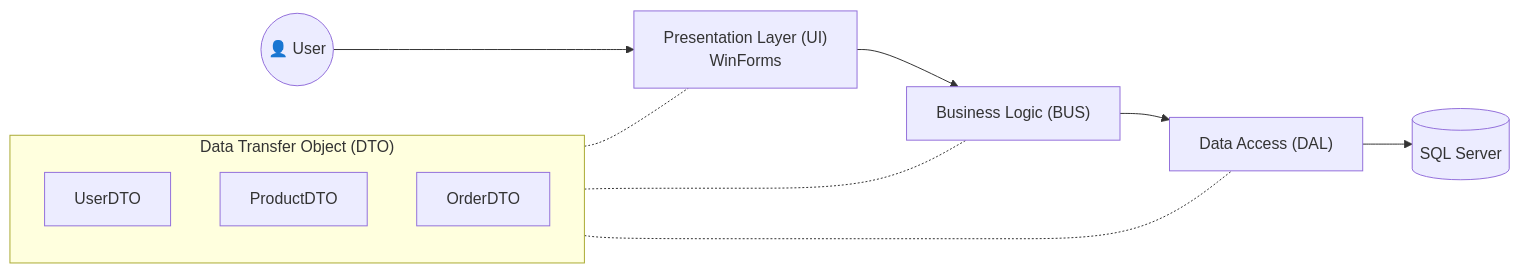
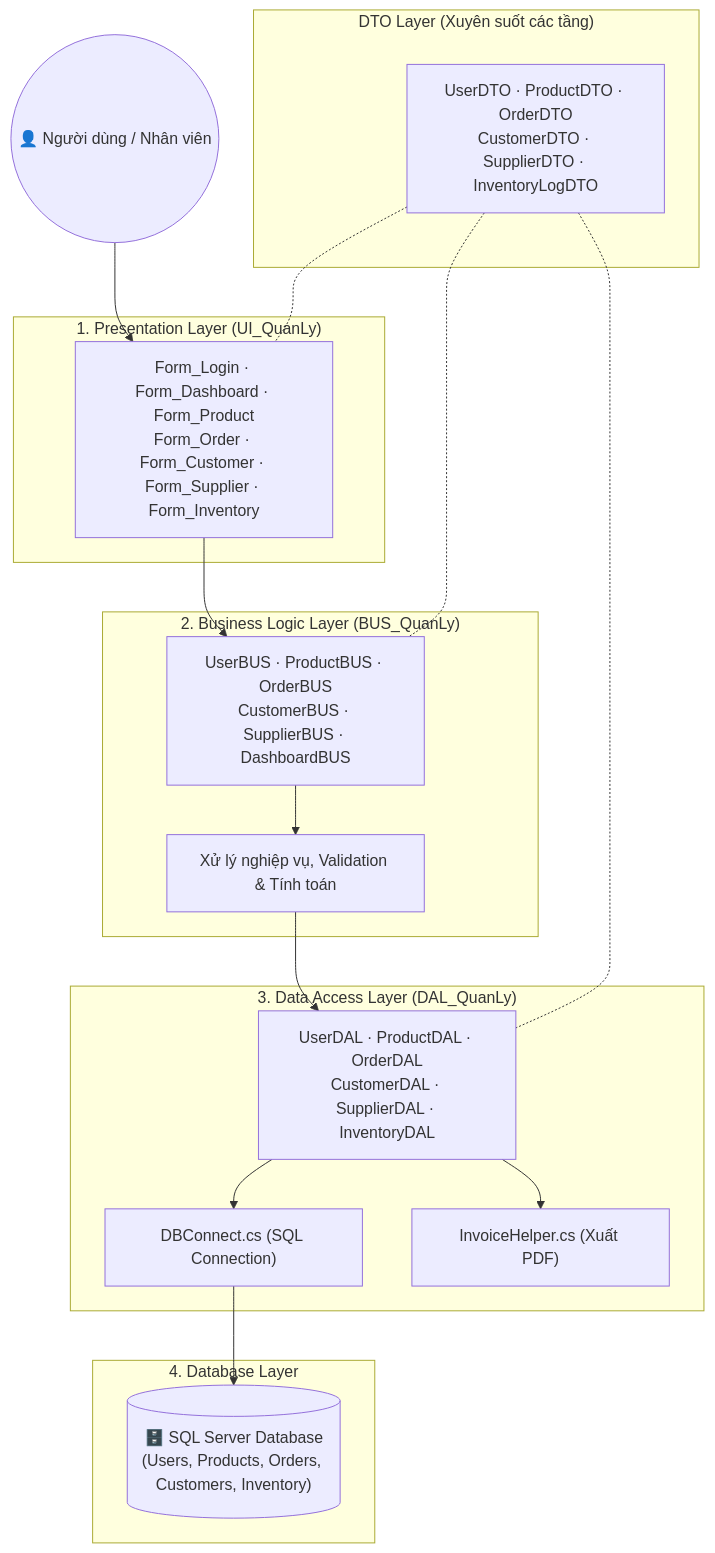
Before and after one commit to Tranloc12/DoAnQuanLyBanHang: the diagram in README.md, drawn with Mermaid. The commit also changed other lines of this file, not shown here.

````diff
--- a/README.md
+++ b/README.md
@@ -50,18 +45,39 @@
 ```mermaid
-graph LR
-    User(("👤 User")) --> UI["Presentation Layer (UI)<br/>WinForms"]
-    UI --> BUS["Business Logic (BUS)"]
-    BUS --> DAL["Data Access (DAL)"]
-    DAL --> DB[("SQL Server")]
-    
-    subgraph DTO["Data Transfer Object (DTO)"]
-        direction TB
-        d1["UserDTO"]
-        d2["ProductDTO"]
-        d3["OrderDTO"]
+flowchart TD
+    User(("👤 Người dùng / Nhân viên"))
+
+    subgraph DTO ["DTO Layer (Xuyên suốt các tầng)"]
+        DTOClasses["UserDTO · ProductDTO · OrderDTO<br/>CustomerDTO · SupplierDTO · InventoryLogDTO"]
     end
-    
-    DTO -.- UI
-    DTO -.- BUS
-    DTO -.- DAL
+
+    subgraph UI ["1. Presentation Layer (UI_QuanLy)"]
+        Forms["Form_Login · Form_Dashboard · Form_Product<br/>Form_Order · Form_Customer · Form_Supplier · Form_Inventory"]
+    end
+
+    subgraph BUS ["2. Business Logic Layer (BUS_QuanLy)"]
+        BUSClasses["UserBUS · ProductBUS · OrderBUS<br/>CustomerBUS · SupplierBUS · DashboardBUS"]
+        Logic["Xử lý nghiệp vụ, Validation & Tính toán"]
+    end
+
+    subgraph DAL ["3. Data Access Layer (DAL_QuanLy)"]
+        DALClasses["UserDAL · ProductDAL · OrderDAL<br/>CustomerDAL · SupplierDAL · InventoryDAL"]
+        DBConn["DBConnect.cs (SQL Connection)"]
+        PdfHelper["InvoiceHelper.cs (Xuất PDF)"]
+    end
+
+    subgraph DB ["4. Database Layer"]
+        SQLServer[("🗄️ SQL Server Database<br/>(Users, Products, Orders, Customers, Inventory)")]
+    end
+
+    User --> Forms
+    Forms --> BUSClasses
+    BUSClasses --> Logic
+    Logic --> DALClasses
+    DALClasses --> DBConn
+    DBConn --> SQLServer
+    DALClasses --> PdfHelper
+
+    DTOClasses -.- Forms
+    DTOClasses -.- BUSClasses
+    DTOClasses -.- DALClasses
 ```
````
